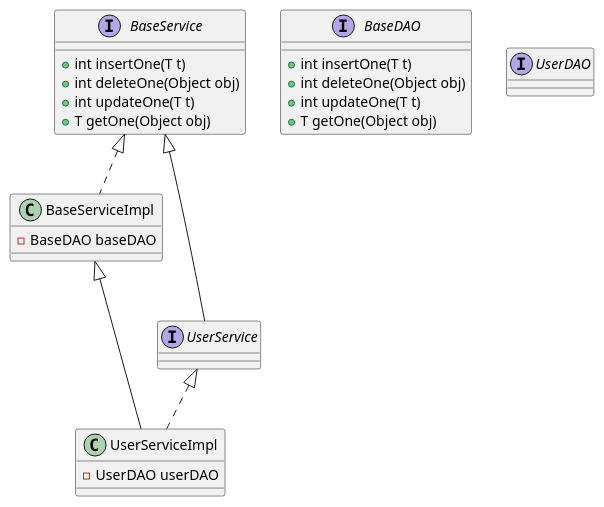
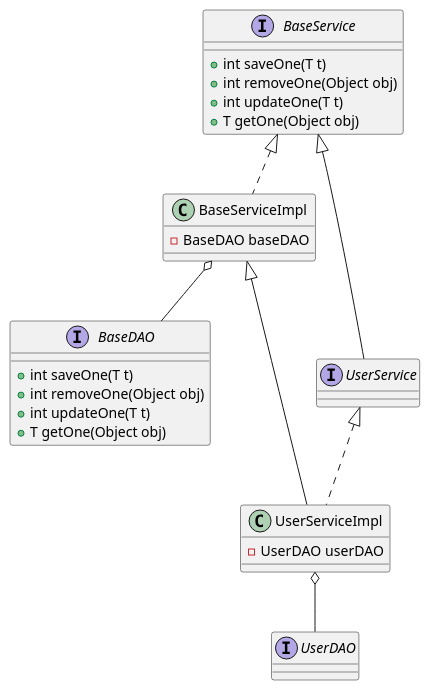
Before and after one commit to alewu/crud-xml: the diagram in src/main/java/com/ale/crud/puml/base.puml, drawn with PlantUML. The commit also changed 4 other files, not shown here.

```diff
--- a/src/main/java/com/ale/crud/puml/base.puml
+++ b/src/main/java/com/ale/crud/puml/base.puml
@@ -1,37 +1,38 @@
 @startuml
 
 class BaseServiceImpl
 interface BaseService
 interface BaseDAO
 
 BaseService <|.. BaseServiceImpl
 class BaseServiceImpl{
     -BaseDAO baseDAO
 }
 
 
 interface BaseService {
-+int insertOne(T t)
-+int deleteOne(Object obj)
++int saveOne(T t)
++int removeOne(Object obj)
 +int updateOne(T t)
 +T getOne(Object obj)
 }
 interface BaseDAO {
-+int insertOne(T t)
-+int deleteOne(Object obj)
++int saveOne(T t)
++int removeOne(Object obj)
 +int updateOne(T t)
 +T getOne(Object obj)
 }
 
 class UserServiceImpl
 interface UserService
 interface UserDAO
 
 UserService <|.. UserServiceImpl
 BaseServiceImpl <|-- UserServiceImpl
 BaseService <|--- UserService
-
+BaseServiceImpl o-- BaseDAO
+UserServiceImpl o-- UserDAO
 class UserServiceImpl{
     -UserDAO userDAO
 }
 @enduml
```
